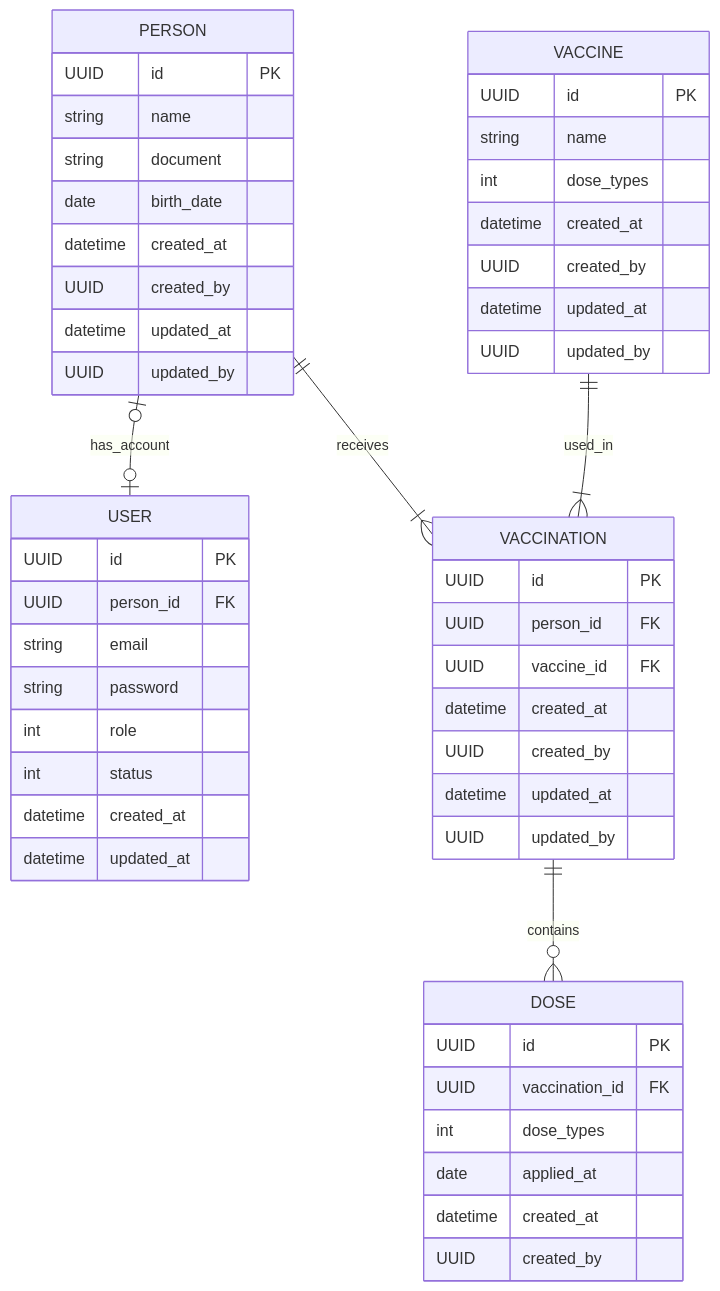
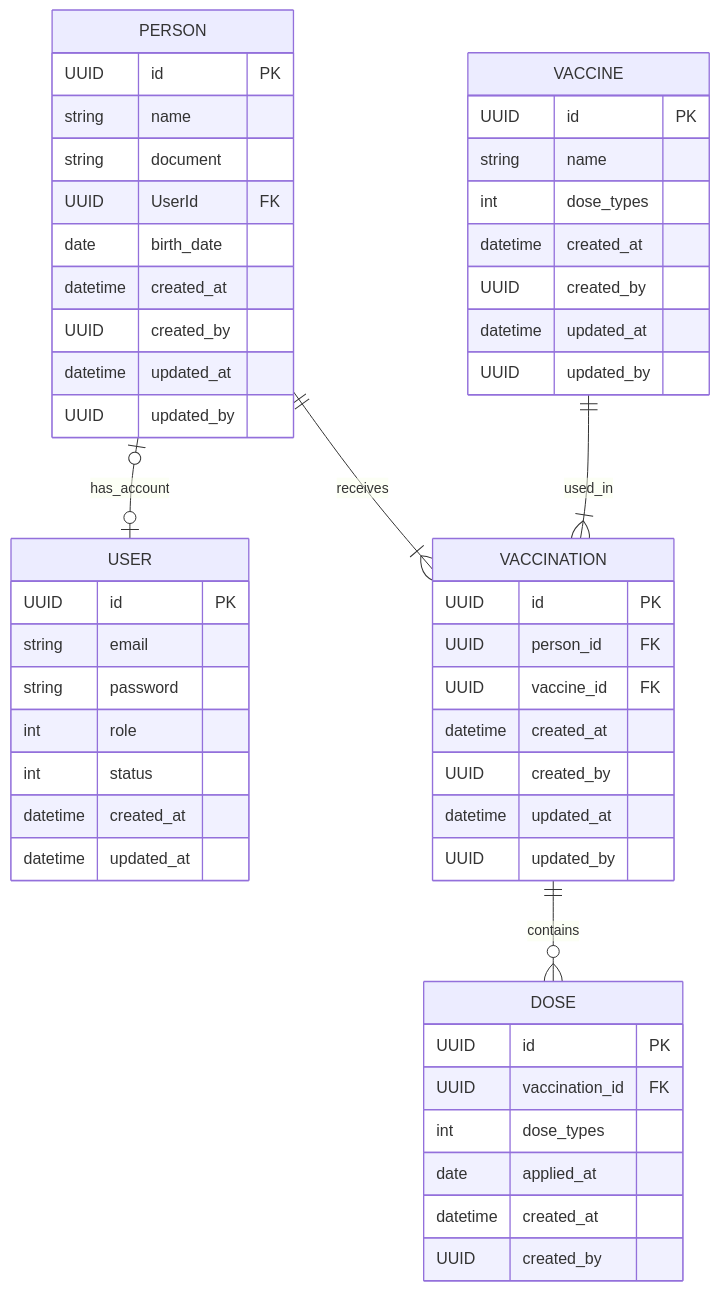
The diagram in README.md (davypaulino/vaccine), drawn with Mermaid before and after one commit. The commit also changed other lines of this file and 26 other files, not shown here.

````diff
--- a/README.md
+++ b/README.md
@@ -124,58 +115,58 @@
 ```mermaid
 erDiagram
     PERSON {
         UUID id PK
         string name
         string document
+        UUID UserId FK
         date birth_date
         datetime created_at
         UUID created_by
         datetime updated_at
         UUID updated_by
     }
 
     USER {
         UUID id PK
-        UUID person_id FK
         string email
         string password
         int role
         int status
         datetime created_at
         datetime updated_at
     }
 
     VACCINE {
         UUID id PK
         string name
         int dose_types
         datetime created_at
         UUID created_by
         datetime updated_at
         UUID updated_by
     }
 
     VACCINATION {
         UUID id PK
         UUID person_id FK
         UUID vaccine_id FK
         datetime created_at
         UUID created_by
         datetime updated_at
         UUID updated_by
     }
 
     DOSE {
         UUID id PK
         UUID vaccination_id FK
         int dose_types
         date applied_at
         datetime created_at
         UUID created_by
     }
 
     PERSON ||--|{ VACCINATION : receives
     PERSON o|--o| USER : has_account
     VACCINE ||--|{ VACCINATION : used_in
     VACCINATION ||--o{ DOSE : contains
 ```
````
